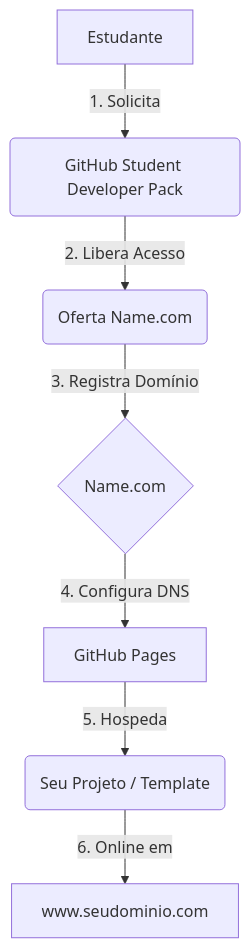
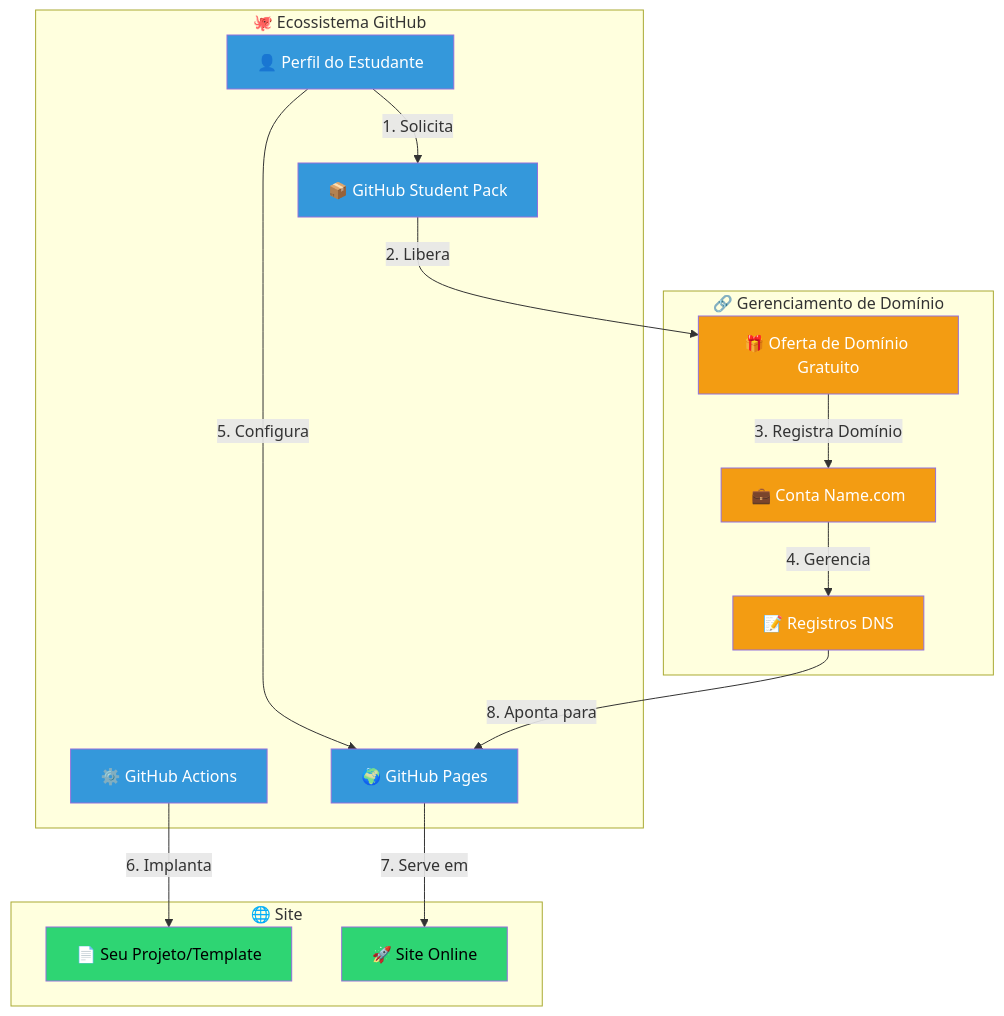
One commit to Genovese-Felipe/student-pack changed the first of 8 diagrams in resources/CONFIGURACAO_DOMINIO.md. Above: the diagram before and after it, drawn with Mermaid. The commit also changed other lines of this file and 8 other files, not shown here.

Commit message:
Enhance documentation with comprehensive Mermaid diagrams and visual flows

````diff
--- a/resources/CONFIGURACAO_DOMINIO.md
+++ b/resources/CONFIGURACAO_DOMINIO.md
@@ -7,9 +7,39 @@
 ```mermaid
-graph TD
-    A[Estudante] -->|1. Solicita| B(GitHub Student Developer Pack)
-    B -->|2. Libera Acesso| C(Oferta Name.com)
-    C -->|3. Registra Domínio| D{Name.com}
-    D -->|4. Configura DNS| E[GitHub Pages]
-    E -->|5. Hospeda| F(Seu Projeto / Template)
-    F -->|6. Online em| G[www.seudominio.com]
+graph TB
+    subgraph GitHub["🐙 Ecossistema GitHub"]
+        A["👤 Perfil do Estudante"]
+        B["📦 GitHub Student Pack"]
+        C["🌍 GitHub Pages"]
+        D["⚙️ GitHub Actions"]
+    end
+    
+    subgraph Domain["🔗 Gerenciamento de Domínio"]
+        E["💼 Conta Name.com"]
+        F["🎁 Oferta de Domínio Gratuito"]
+        G["📝 Registros DNS"]
+    end
+    
+    subgraph Website["🌐 Site"]
+        H["📄 Seu Projeto/Template"]
+        I["🚀 Site Online"]
+    end
+    
+    A -->|1. Solicita| B
+    B -->|2. Libera| F
+    F -->|3. Registra Domínio| E
+    E -->|4. Gerencia| G
+    A -->|5. Configura| C
+    D -->|6. Implanta| H
+    C -->|7. Serve em| I
+    G -->|8. Aponta para| C
+    
+    style A fill:#3498db,color:#fff
+    style B fill:#3498db,color:#fff
+    style C fill:#3498db,color:#fff
+    style D fill:#3498db,color:#fff
+    style E fill:#f39c12,color:#fff
+    style F fill:#f39c12,color:#fff
+    style G fill:#f39c12,color:#fff
+    style H fill:#2ed573,color:#000
+    style I fill:#2ed573,color:#000
 ```
````
